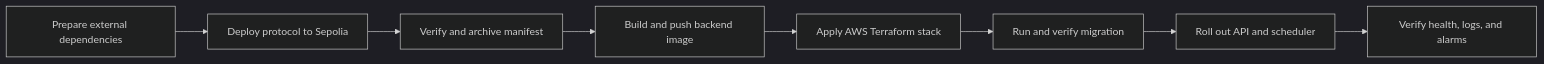
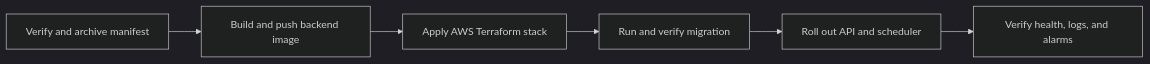
The fourth of 4 diagrams in infra/README.md (lancechuangdev/prism), drawn with Mermaid (dark theme) before and after one commit. The commit also changed other lines of this file and 5 other files, not shown here.

````diff
--- a/infra/README.md
+++ b/infra/README.md
@@ -217,13 +217,11 @@
 ```mermaid
 flowchart LR
-    Inputs["Prepare external dependencies"]
-    Protocol["Deploy protocol to Sepolia"]
     Manifest["Verify and archive manifest"]
     Image["Build and push backend image"]
     AWS["Apply AWS Terraform stack"]
     Migration["Run and verify migration"]
     Services["Roll out API and scheduler"]
     Verify["Verify health, logs, and alarms"]
 
-    Inputs --> Protocol --> Manifest --> Image --> AWS --> Migration --> Services --> Verify
+    Manifest --> Image --> AWS --> Migration --> Services --> Verify
 ```
````
